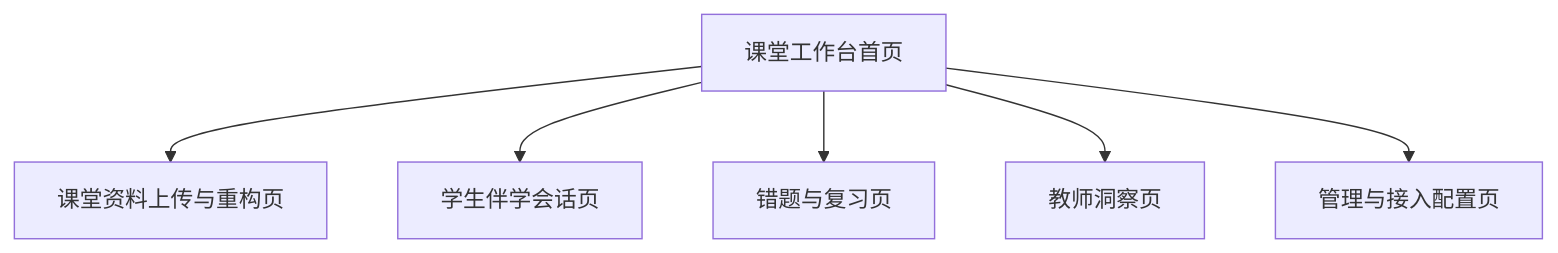
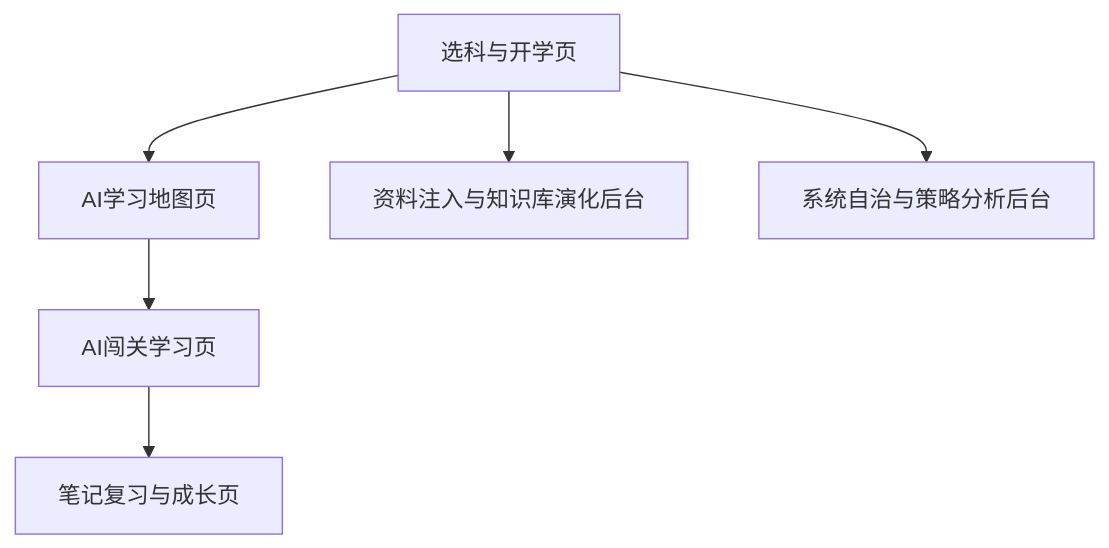
One commit to chenqsq/doc-showcase changed the diagram in doc/作品文档/03-页面与交互设计.md. Above: the diagram before and after it, drawn with Mermaid. The commit also changed other lines of this file and 42 other files, not shown here.

Commit message:
文档站：切换 AI 主导学习生命周期与实时演化学习地图口径

````diff
--- a/doc/作品文档/03-页面与交互设计.md
+++ b/doc/作品文档/03-页面与交互设计.md
@@ -17,8 +28,8 @@
 ```mermaid
 flowchart TB
-    A[课堂工作台首页] --> B[课堂资料上传与重构页]
-    A --> C[学生伴学会话页]
-    A --> D[错题与复习页]
-    A --> E[教师洞察页]
-    A --> F[管理与接入配置页]
+    A[选科与开学页] --> B[AI学习地图页]
+    B --> C[AI闯关学习页]
+    C --> D[笔记复习与成长页]
+    A --> E[资料注入与知识库演化后台]
+    A --> F[系统自治与策略分析后台]
 ```
````
